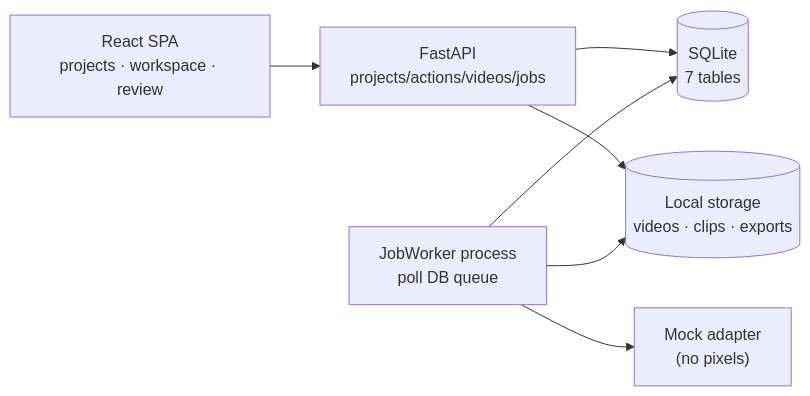
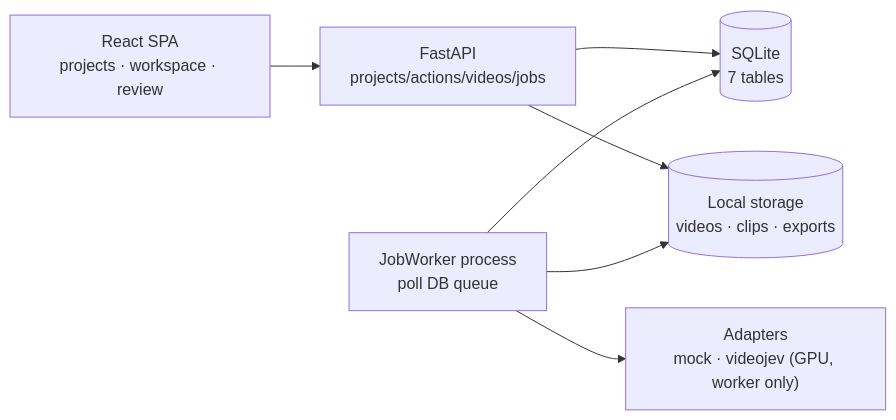
One commit to aslsumen/DSD---VLM-Annotate changed the second of 2 diagrams in docs/ARCHITECTURE.md. Above: the diagram before and after it, drawn with Mermaid. The commit also changed other lines of this file and 15 other files, not shown here.

First line of the commit message:
feat(backend): videojev adapter, exhaustive jobs, batch enqueue endpoint

````diff
--- a/docs/ARCHITECTURE.md
+++ b/docs/ARCHITECTURE.md
@@ -59,15 +59,15 @@
 ```mermaid
 flowchart LR
     UI["React SPA<br/>projects · workspace · review"]
     API["FastAPI<br/>projects/actions/videos/jobs"]
     W["JobWorker process<br/>poll DB queue"]
-    A["Mock adapter<br/>(no pixels)"]
+    A["Adapters<br/>mock · videojev (GPU, worker only)"]
     DB[("SQLite<br/>7 tables")]
     FS[("Local storage<br/>videos · clips · exports")]
     UI --> API
     API --> DB
     API --> FS
     W --> DB
     W --> A
     W --> FS
 ```
````
